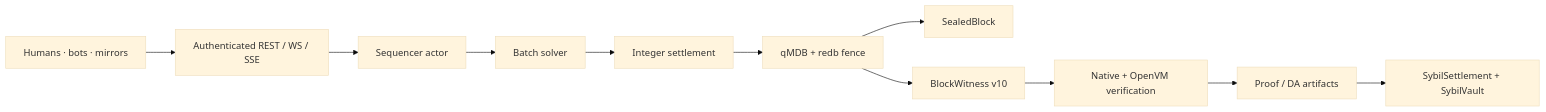
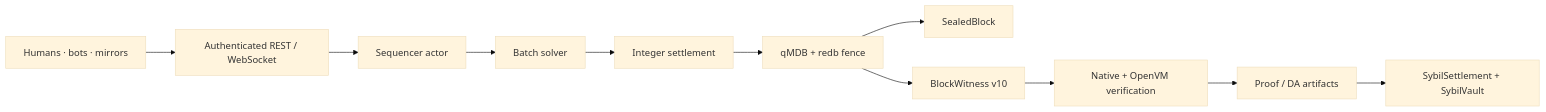
Before and after one commit to MetaB0y/sybil: the first of 2 diagrams in docs/SPEC.md, drawn with Mermaid (base theme). The commit also changed other lines of this file and 39 other files, not shown here.

Commit message:
refactor(api): retire public SSE after WS migration

````diff
--- a/docs/SPEC.md
+++ b/docs/SPEC.md
@@ -21,13 +21,13 @@
 ```mermaid
 flowchart LR
-    CLIENT["Humans · bots · mirrors"] --> API["Authenticated REST / WS / SSE"]
+    CLIENT["Humans · bots · mirrors"] --> API["Authenticated REST / WebSocket"]
     API --> SEQ["Sequencer actor"]
     SEQ --> SOLVE["Batch solver"]
     SOLVE --> SETTLE["Integer settlement"]
     SETTLE --> STORE["qMDB + redb fence"]
     STORE --> BLOCK["SealedBlock"]
     STORE --> WIT["BlockWitness v10"]
     WIT --> VERIFY["Native + OpenVM verification"]
     VERIFY --> PROVER["Proof / DA artifacts"]
     PROVER --> L1["SybilSettlement + SybilVault"]
 ```
````
